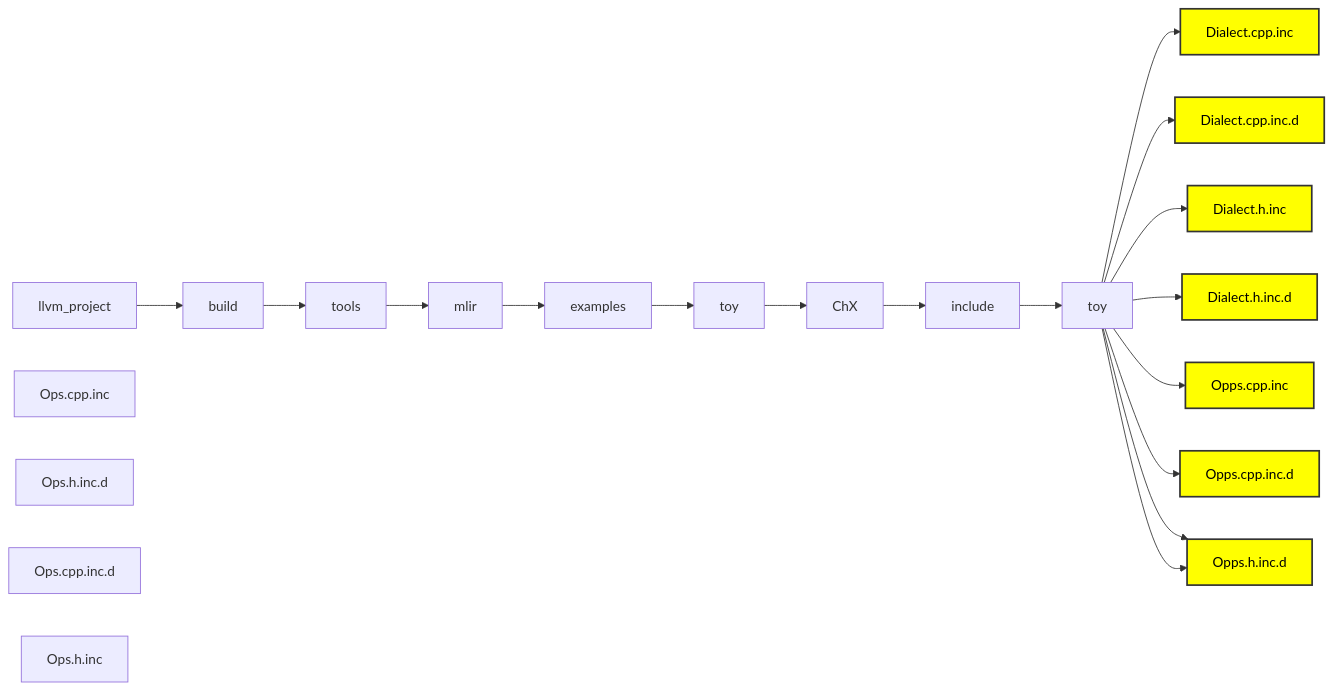
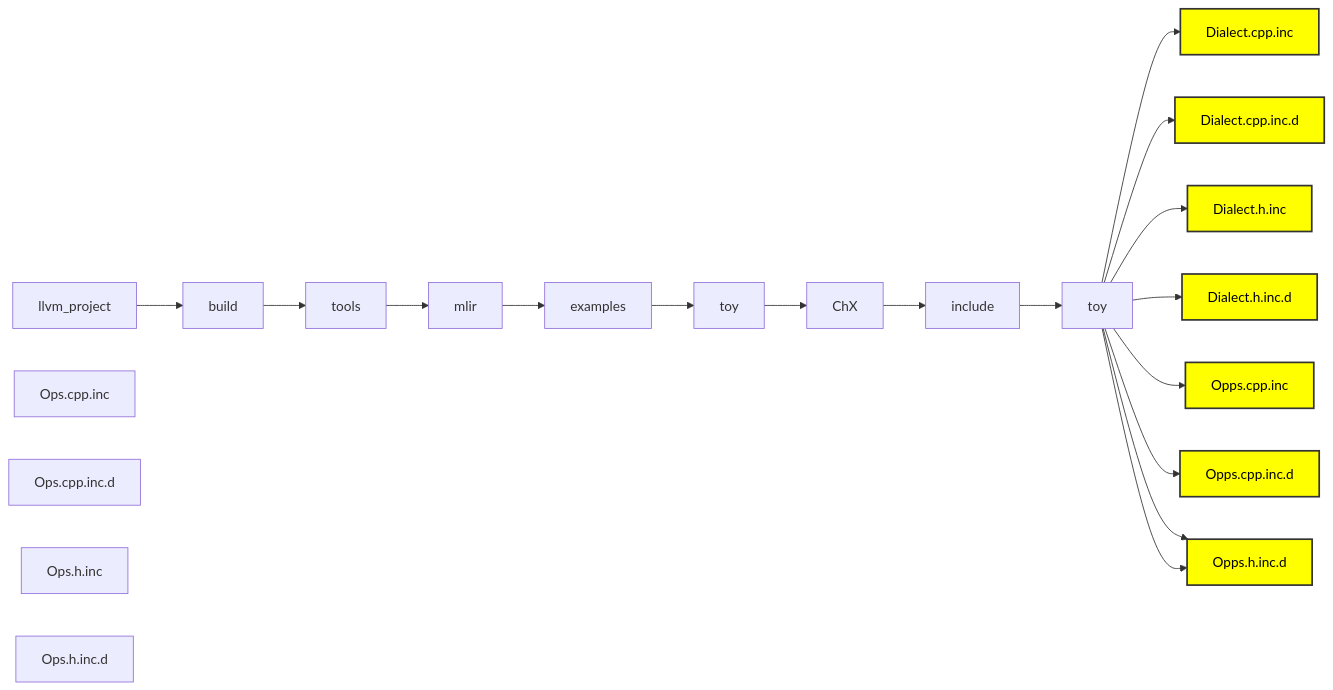
The second of 2 diagrams in Ch2.md (Ameya674/mlir_for_beginners), drawn with Mermaid before and after one commit.

````diff
--- a/Ch2.md
+++ b/Ch2.md
@@ -133,51 +133,53 @@
 ```mermaid
 graph LR
   llvm_project["llvm_project"]
   build["build"]
 
   llvm_project --> build
 
   build_tools["tools"]
 
   build --> build_tools
 
   tools_mlir["mlir"]
   tools_mlir_examples["examples"]
   tools_mlir_examples_toy["toy"]
   tools_mlir_examples_toy_ChX["ChX"]
   tools_mlir_examples_toy_ChX_include["include"]
   tools_mlir_examples_toy_ChX_include_toy["toy"]
+
+  Dialect.cpp.inc["Dialect.cpp.inc"]
   Dialect.cpp.inc.d["Dialect.cpp.inc.d"]
+  Dialect.h.inc["Dialect.h.inc"]
+  Dialect.h.inc.d["Dialect.h.inc.d"]
   Ops.cpp.inc["Ops.cpp.inc"]
+  Ops.cpp.inc.d["Ops.cpp.inc.d"]
+  Ops.h.inc["Ops.h.inc"]
   Ops.h.inc.d["Ops.h.inc.d"]
-  Dialect.h.inc["Dialect.h.inc"]
-  Ops.cpp.inc.d["Ops.cpp.inc.d"]
-  Dialect.cpp.inc["Dialect.cpp.inc"]
-  Dialect.h.inc.d["Dialect.h.inc.d"]
-  Ops.h.inc["Ops.h.inc"]
 
   build_tools --> tools_mlir
   tools_mlir --> tools_mlir_examples
   tools_mlir_examples --> tools_mlir_examples_toy
   tools_mlir_examples_toy --> tools_mlir_examples_toy_ChX
   tools_mlir_examples_toy_ChX --> tools_mlir_examples_toy_ChX_include
   tools_mlir_examples_toy_ChX_include --> tools_mlir_examples_toy_ChX_include_toy
+
   tools_mlir_examples_toy_ChX_include_toy --> Dialect.cpp.inc
   tools_mlir_examples_toy_ChX_include_toy --> Dialect.cpp.inc.d
   tools_mlir_examples_toy_ChX_include_toy --> Dialect.h.inc
   tools_mlir_examples_toy_ChX_include_toy --> Dialect.h.inc.d
   tools_mlir_examples_toy_ChX_include_toy --> Opps.cpp.inc
   tools_mlir_examples_toy_ChX_include_toy --> Opps.cpp.inc.d
   tools_mlir_examples_toy_ChX_include_toy --> Opps.h.inc.d
   tools_mlir_examples_toy_ChX_include_toy --> Opps.h.inc.d
 
   classDef yellow fill:#ff0,stroke:#333,stroke-width:2px,color:#000;
   class Dialect.h.inc yellow
   class Dialect.h.inc.d yellow
   class Dialect.cpp.inc yellow
   class Dialect.cpp.inc.d yellow
   class Opps.h.inc yellow
   class Opps.h.inc.d yellow
   class Opps.cpp.inc yellow
   class Opps.cpp.inc.d yellow
 ```
````
